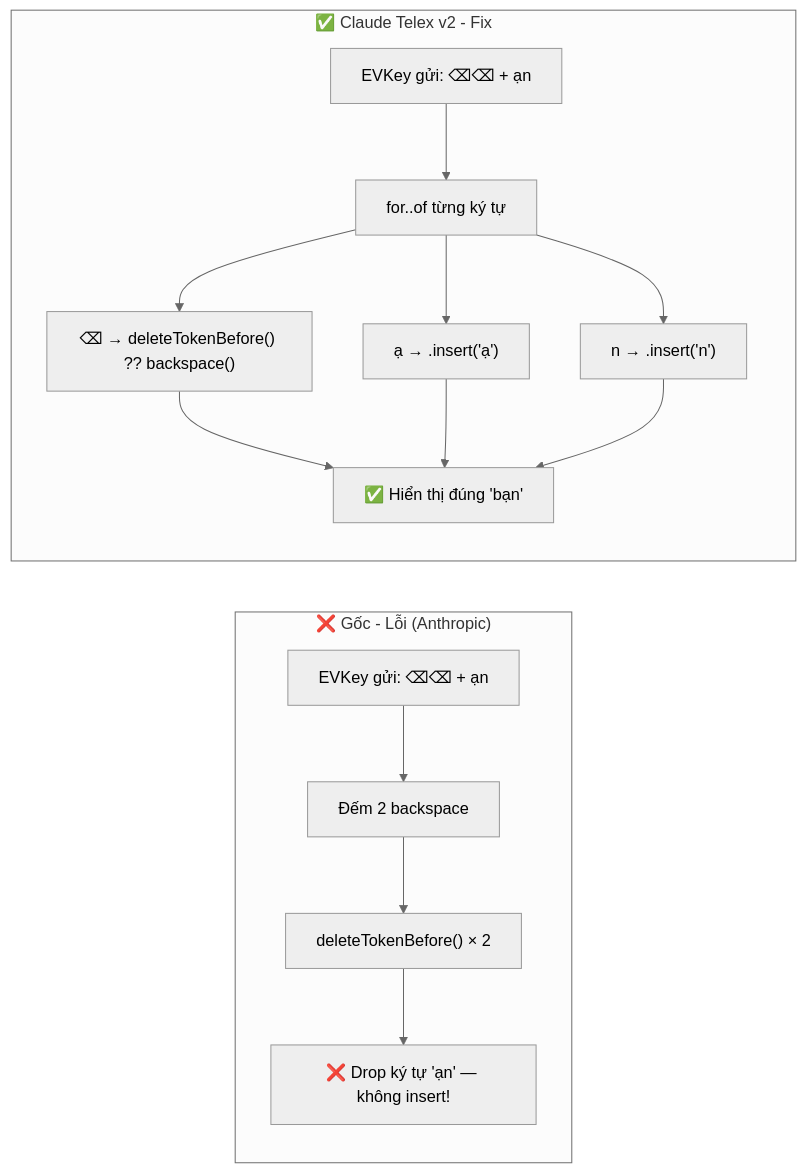
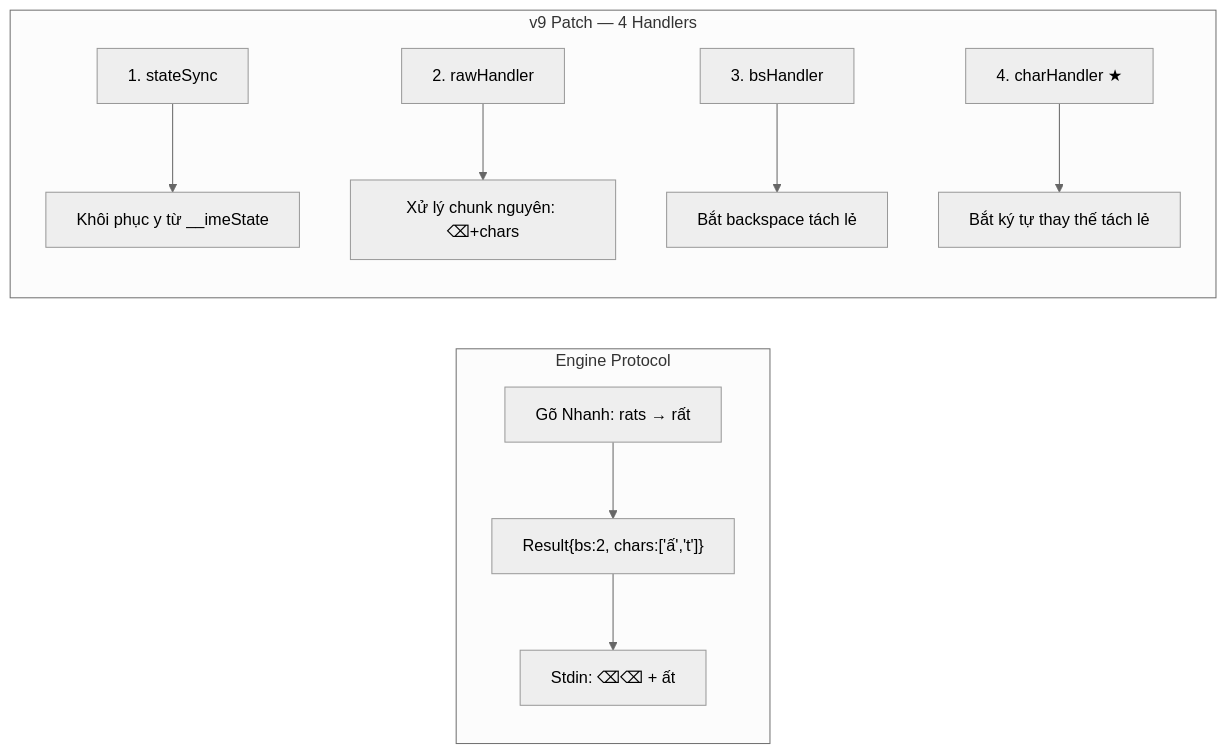
One commit to nguyenhx2/Claude-Telex changed the first of 6 diagrams in README.md. Above: the diagram before and after it, drawn with Mermaid (neutral theme). The commit also changed other lines of this file and 2 other files, not shown here.

First line of the commit message:
feat(patcher): v9 engine-aware IME patch with charHandler

````diff
--- a/README.md
+++ b/README.md
@@ -41,15 +39,13 @@
 ```mermaid
 flowchart LR
-    subgraph "❌ Gốc - Lỗi (Anthropic)"
-        A["EVKey gửi: ⌫⌫ + ạn"] --> B["Đếm 2 backspace"]
-        B --> C["deleteTokenBefore() × 2"]
-        C --> D["❌ Drop ký tự 'ạn' — không insert!"]
+    subgraph "Engine Protocol"
+        A["Gõ Nhanh: rats → rất"] --> B["Result{bs:2, chars:['ấ','t']}"]
+        B --> C["Stdin: ⌫⌫ + ất"]
     end
-    subgraph "✅ Claude Telex v2 - Fix"
-        E["EVKey gửi: ⌫⌫ + ạn"] --> F["for..of từng ký tự"]
-        F --> G["⌫ → deleteTokenBefore() ?? backspace()"]
-        F --> H["ạ → .insert('ạ')"]
-        F --> I["n → .insert('n')"]
-        G & H & I --> J["✅ Hiển thị đúng 'bạn'"]
+    subgraph "v9 Patch — 4 Handlers"
+        D["1. stateSync"] --> E["Khôi phục y từ __imeState"]
+        F["2. rawHandler"] --> G["Xử lý chunk nguyên: ⌫+chars"]
+        H["3. bsHandler"] --> I["Bắt backspace tách lẻ"]
+        J["4. charHandler ★"] --> K["Bắt ký tự thay thế tách lẻ"]
     end
 ```
````
